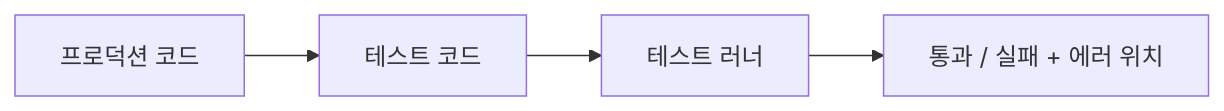
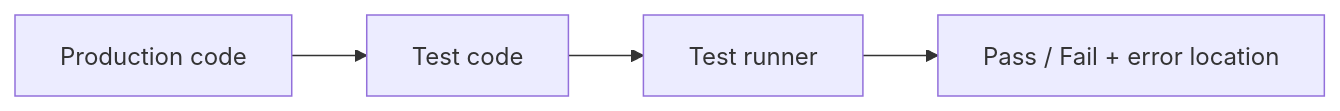
Before and after one commit to yeongseon-books/book-content: the diagram in content/testing-101/ko/01-what-is-testing.md, drawn with Mermaid. The commit also changed other lines of this file and 9 other files, not shown here.

````diff
--- a/content/testing-101/ko/01-what-is-testing.md
+++ b/content/testing-101/ko/01-what-is-testing.md
@@ -35,6 +51,6 @@
 ```mermaid
 flowchart LR
-    Code["프로덕션 코드"] --> Test["테스트 코드"]
-    Test --> Run["테스트 러너"]
-    Run --> Result["통과 / 실패 + 에러 위치"]
+    Code["Production code"] --> Test["Test code"]
+    Test --> Run["Test runner"]
+    Run --> Result["Pass / Fail + error location"]
 ```
````
